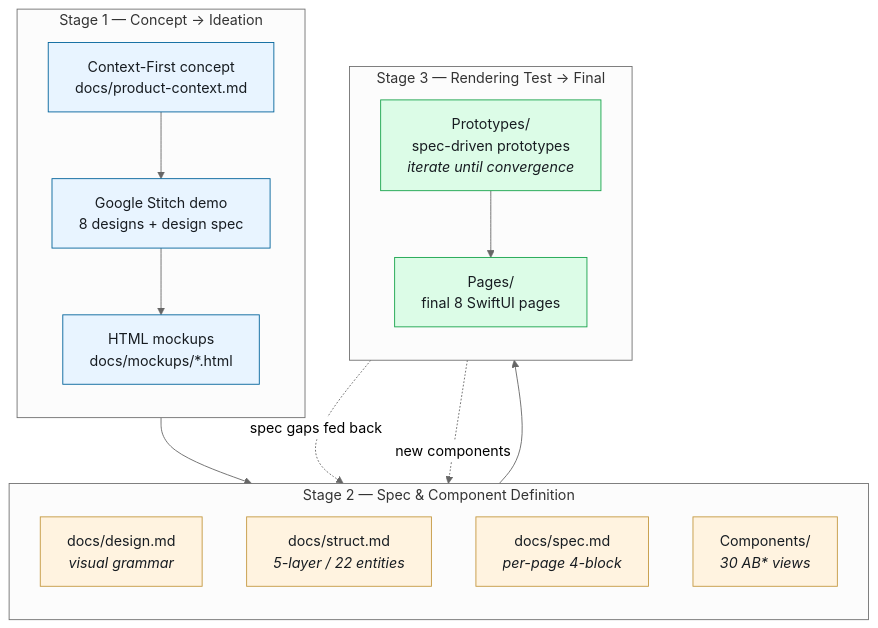
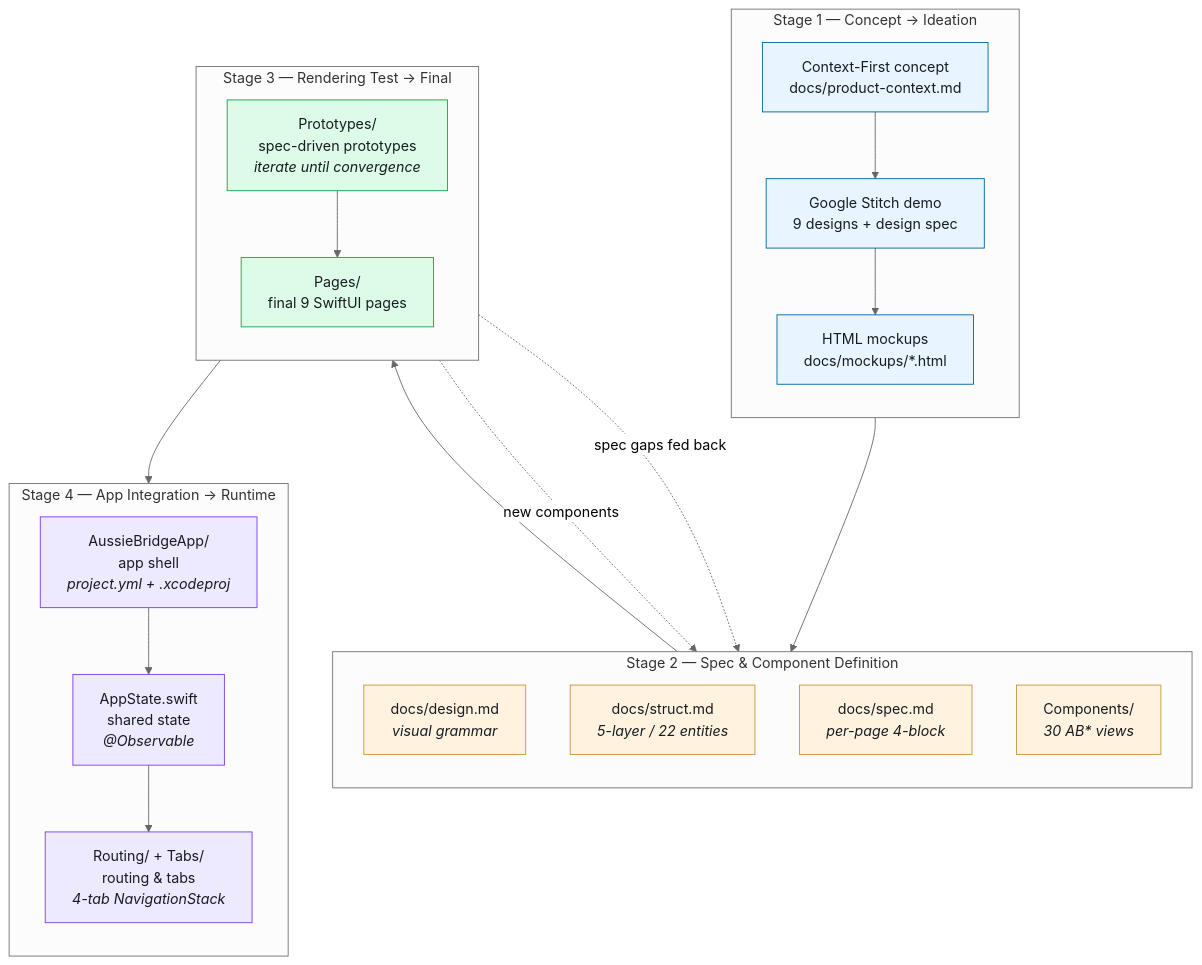
One commit to hancyhxy/linkaroo changed the diagram in README.md. Above: the diagram before and after it, drawn with Mermaid (neutral theme). The commit also changed other lines of this file, not shown here.

First line of the commit message:
docs(readme): align to 9 pages and document Stage 4 (App Integration)

````diff
--- a/README.md
+++ b/README.md
@@ -112,40 +146,52 @@
 ```mermaid
 flowchart TD
     subgraph S1 ["Stage 1 — Concept → Ideation"]
         direction TB
         A1["Context-First concept<br/>docs/product-context.md"]
-        A2["Google Stitch demo<br/>8 designs + design spec"]
+        A2["Google Stitch demo<br/>9 designs + design spec"]
         A3["HTML mockups<br/>docs/mockups/*.html"]
         A1 --> A2 --> A3
     end
 
     subgraph S2 ["Stage 2 — Spec &amp; Component Definition"]
         direction TB
         B1["docs/design.md<br/><i>visual grammar</i>"]
         B2["docs/struct.md<br/><i>5-layer / 22 entities</i>"]
         B3["docs/spec.md<br/><i>per-page 4-block</i>"]
         B4["Components/<br/><i>30 AB* views</i>"]
     end
 
     subgraph S3 ["Stage 3 — Rendering Test → Final"]
         direction TB
         C1["Prototypes/<br/>spec-driven prototypes<br/><i>iterate until convergence</i>"]
-        C2["Pages/<br/>final 8 SwiftUI pages"]
+        C2["Pages/<br/>final 9 SwiftUI pages"]
         C1 --> C2
+    end
+
+    subgraph S4 ["Stage 4 — App Integration → Runtime"]
+        direction TB
+        D1["AussieBridgeApp/<br/>app shell<br/><i>project.yml + .xcodeproj</i>"]
+        D2["AppState.swift<br/>shared state<br/><i>@Observable</i>"]
+        D3["Routing/ + Tabs/<br/>routing &amp; tabs<br/><i>4-tab NavigationStack</i>"]
+        D1 --> D2 --> D3
     end
 
     S1 --> S2
     S2 --> S3
+    S3 --> S4
     C1 -.->|spec gaps fed back| B3
     C1 -.->|new components| B4
 
     style A1 fill:#e8f4ff,stroke:#00639b,color:#171c21
     style A2 fill:#e8f4ff,stroke:#00639b,color:#171c21
     style A3 fill:#e8f4ff,stroke:#00639b,color:#171c21
     style B1 fill:#fff3e0,stroke:#c4983f,color:#171c21
     style B2 fill:#fff3e0,stroke:#c4983f,color:#171c21
     style B3 fill:#fff3e0,stroke:#c4983f,color:#171c21
     style B4 fill:#fff3e0,stroke:#c4983f,color:#171c21
     style C1 fill:#dcfce7,stroke:#16a34a,color:#171c21
     style C2 fill:#dcfce7,stroke:#16a34a,color:#171c21
+    style D1 fill:#ede9fe,stroke:#7c3aed,color:#171c21
+    style D2 fill:#ede9fe,stroke:#7c3aed,color:#171c21
+    style D3 fill:#ede9fe,stroke:#7c3aed,color:#171c21
 ```
````
